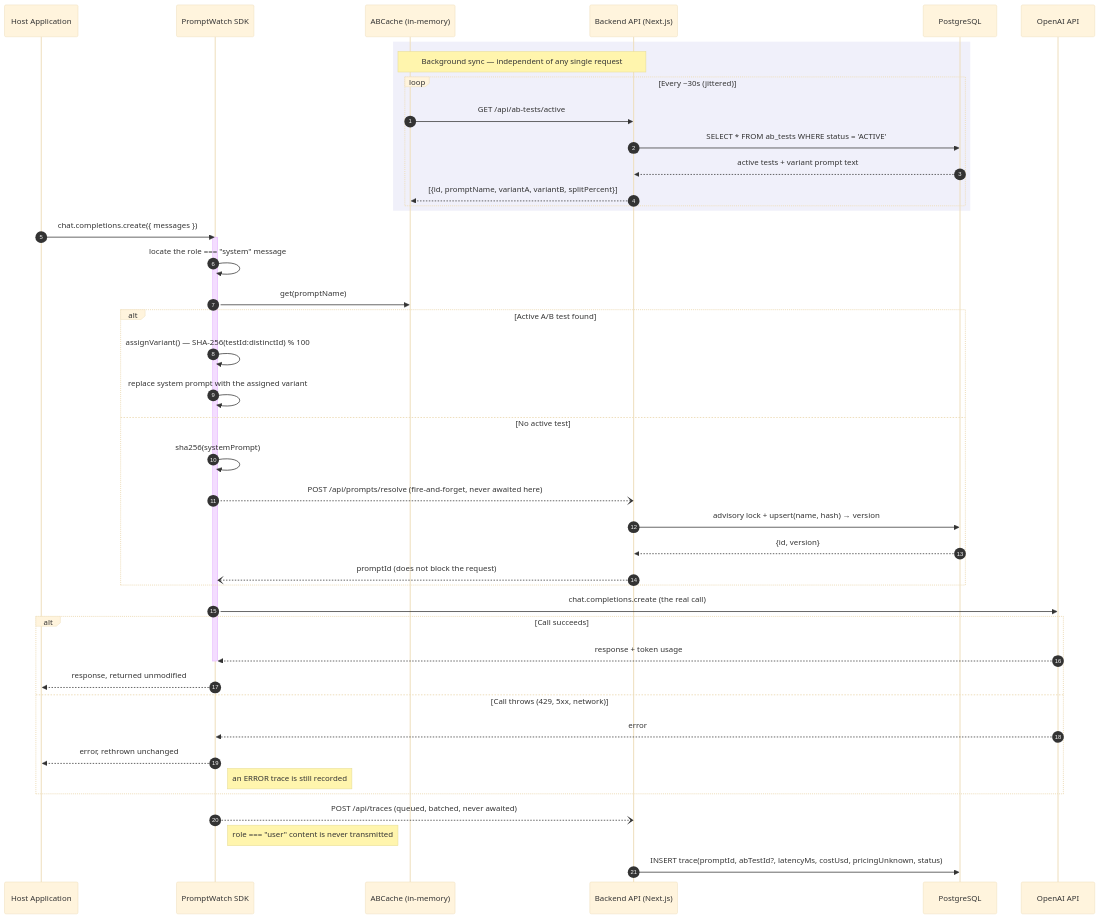
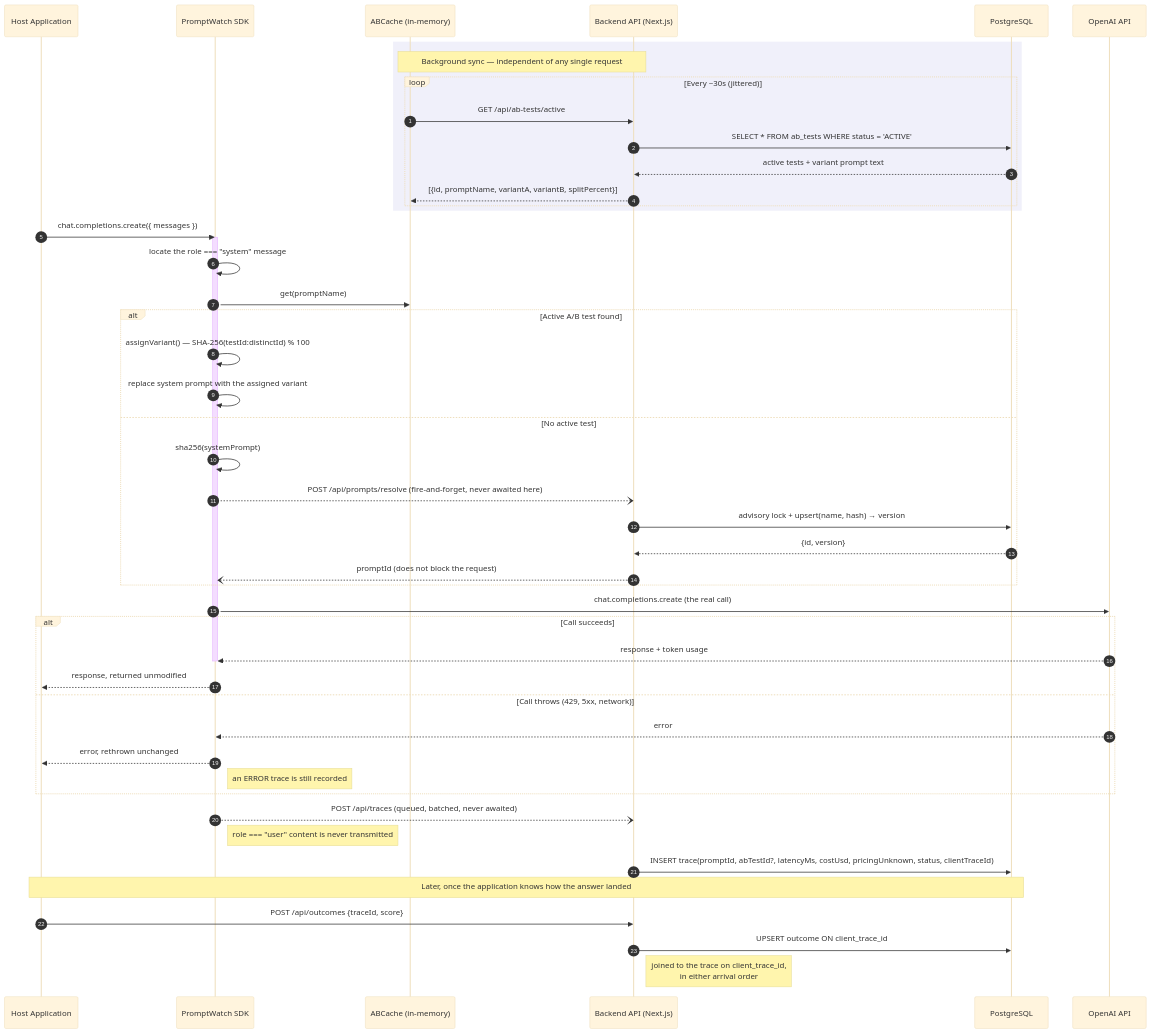
The first of 2 diagrams in README.md (sekerderya/prompt-watch), drawn with Mermaid (base theme) before and after one commit. The commit also changed other lines of this file, not shown here.

````diff
--- a/README.md
+++ b/README.md
@@ -69,52 +120,57 @@
 ```mermaid
 sequenceDiagram
     autonumber
     participant App as Host Application
     participant SDK as PromptWatch SDK
     participant Cache as ABCache (in-memory)
     participant API as Backend API (Next.js)
     participant DB as PostgreSQL
     participant OpenAI as OpenAI API
 
     rect rgb(240, 240, 250)
     Note over Cache,API: Background sync — independent of any single request
     loop Every ~30s (jittered)
         Cache->>API: GET /api/ab-tests/active
         API->>DB: SELECT * FROM ab_tests WHERE status = 'ACTIVE'
         DB-->>API: active tests + variant prompt text
         API-->>Cache: [{id, promptName, variantA, variantB, splitPercent}]
     end
     end
 
     App->>SDK: chat.completions.create({ messages })
     activate SDK
     SDK->>SDK: locate the role === "system" message
     SDK->>Cache: get(promptName)
 
     alt Active A/B test found
         SDK->>SDK: assignVariant() — SHA-256(testId:distinctId) % 100
         SDK->>SDK: replace system prompt with the assigned variant
     else No active test
         SDK->>SDK: sha256(systemPrompt)
         SDK--)API: POST /api/prompts/resolve (fire-and-forget, never awaited here)
         API->>DB: advisory lock + upsert(name, hash) → version
         DB-->>API: {id, version}
         API--)SDK: promptId (does not block the request)
     end
 
     SDK->>OpenAI: chat.completions.create (the real call)
 
     alt Call succeeds
         OpenAI-->>SDK: response + token usage
         deactivate SDK
         SDK-->>App: response, returned unmodified
     else Call throws (429, 5xx, network)
         OpenAI-->>SDK: error
         SDK-->>App: error, rethrown unchanged
         Note right of SDK: an ERROR trace is still recorded
     end
 
     SDK--)API: POST /api/traces (queued, batched, never awaited)
     Note right of SDK: role === "user" content is never transmitted
-    API->>DB: INSERT trace(promptId, abTestId?, latencyMs, costUsd, pricingUnknown, status)
+    API->>DB: INSERT trace(promptId, abTestId?, latencyMs, costUsd, pricingUnknown, status, clientTraceId)
+
+    Note over App,DB: Later, once the application knows how the answer landed
+    App->>API: POST /api/outcomes {traceId, score}
+    API->>DB: UPSERT outcome ON client_trace_id
+    Note right of API: joined to the trace on client_trace_id,<br/>in either arrival order
 ```
````
